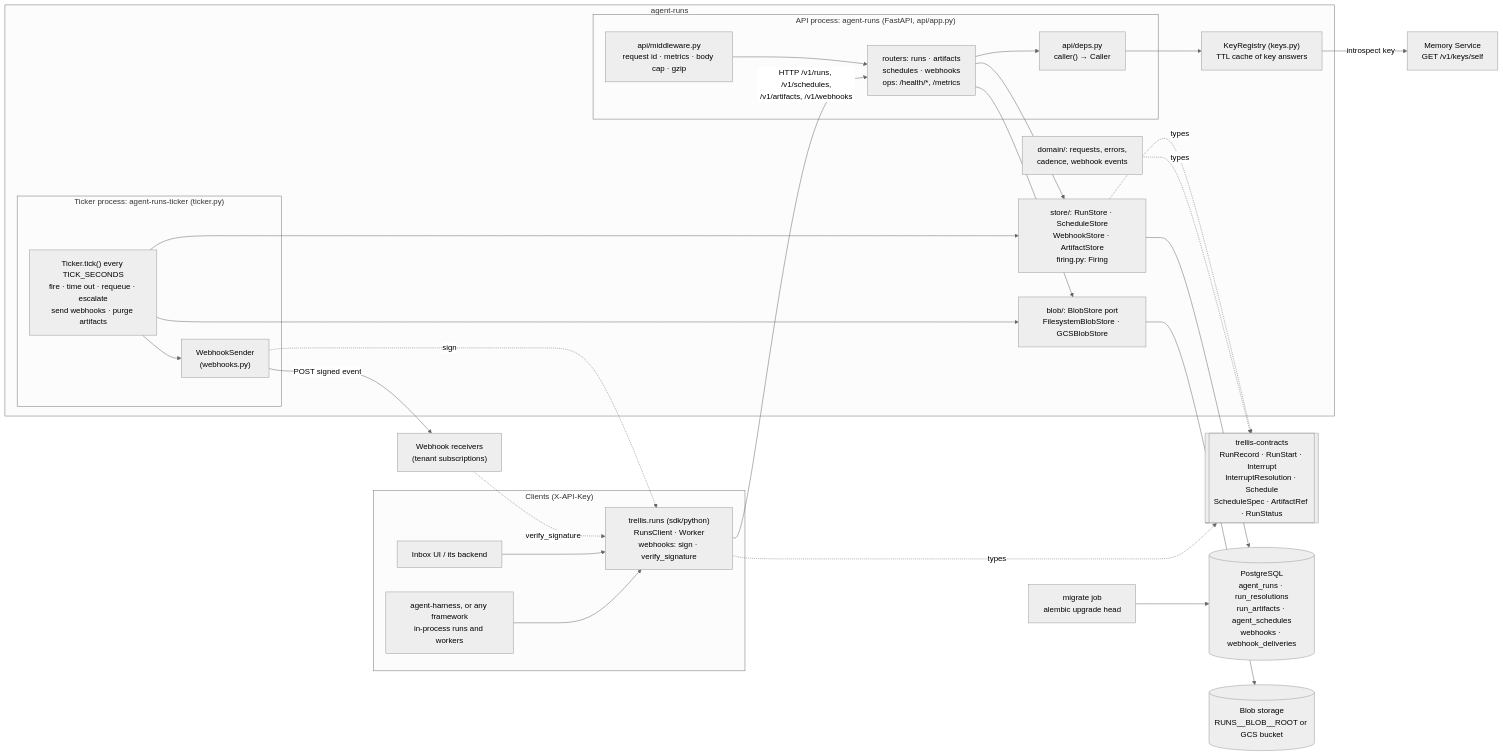
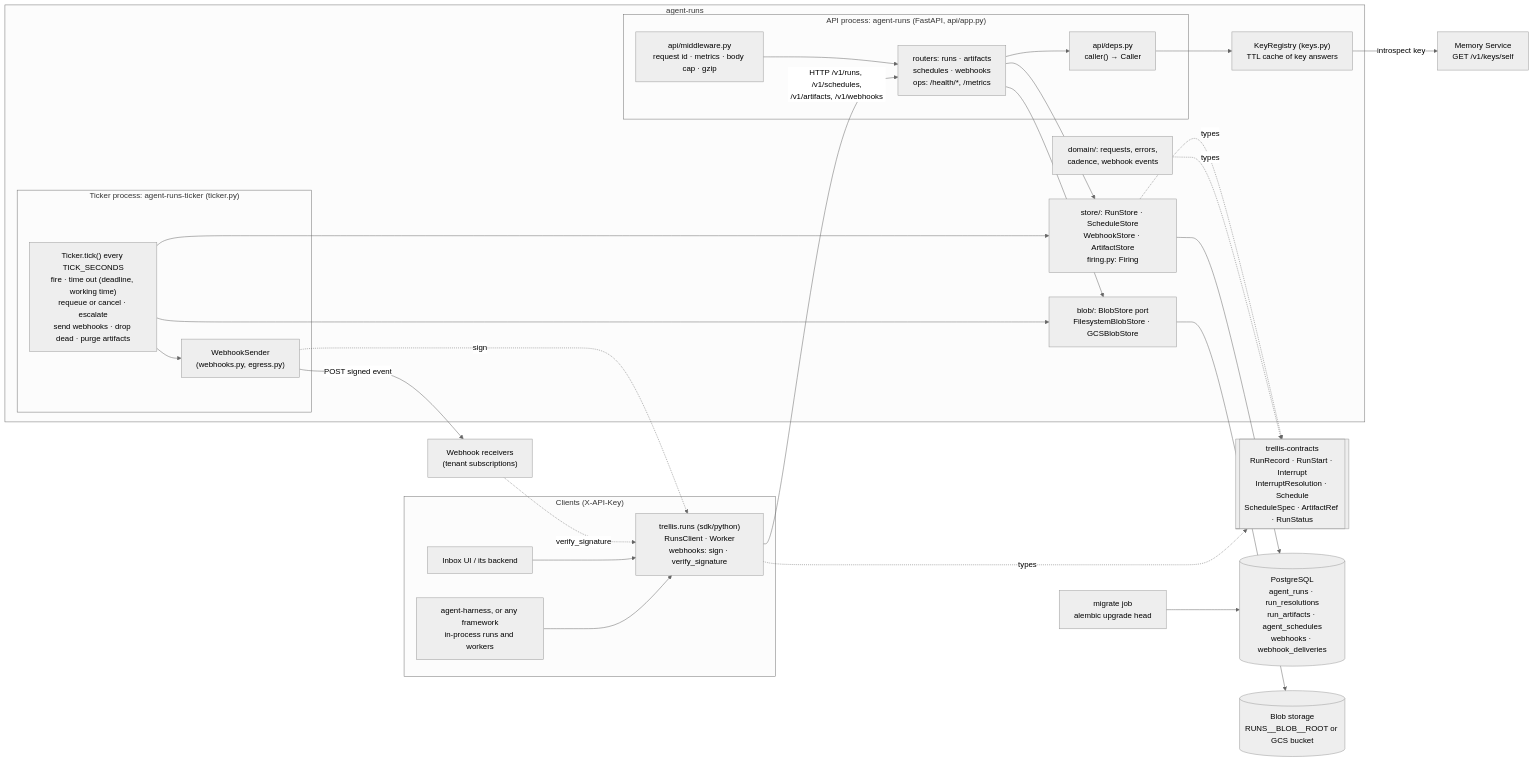
One commit to amitmohapatra/agent-runs changed the first of 5 diagrams in docs/ARCHITECTURE.md. Above: the diagram before and after it, drawn with Mermaid (neutral theme). The commit also changed other lines of this file and 49 other files, not shown here.

First line of the commit message:
Reliability: working-time limits, cancel, release, retries, webhook dead letters and egress guard (#9)

````diff
--- a/docs/ARCHITECTURE.md
+++ b/docs/ARCHITECTURE.md
@@ -23,50 +23,50 @@
 ```mermaid
 flowchart LR
   subgraph clients["Clients (X-API-Key)"]
     harness["agent-harness, or any framework<br/>in-process runs and workers"]
     ui["Inbox UI / its backend"]
     sdk["trellis.runs (sdk/python)<br/>RunsClient · Worker<br/>webhooks: sign · verify_signature"]
   end
 
   subgraph runs["agent-runs"]
     subgraph api["API process: agent-runs (FastAPI, api/app.py)"]
       deps["api/deps.py<br/>caller() → Caller"]
       mw["api/middleware.py<br/>request id · metrics · body cap · gzip"]
       routers["routers: runs · artifacts<br/>schedules · webhooks<br/>ops: /health/*, /metrics"]
     end
     subgraph tick["Ticker process: agent-runs-ticker (ticker.py)"]
-      ticker["Ticker.tick() every TICK_SECONDS<br/>fire · time out · requeue · escalate<br/>send webhooks · purge artifacts"]
-      sender["WebhookSender<br/>(webhooks.py)"]
+      ticker["Ticker.tick() every TICK_SECONDS<br/>fire · time out (deadline, working time)<br/>requeue or cancel · escalate<br/>send webhooks · drop dead · purge artifacts"]
+      sender["WebhookSender<br/>(webhooks.py, egress.py)"]
     end
     keys["KeyRegistry (keys.py)<br/>TTL cache of key answers"]
     stores["store/: RunStore · ScheduleStore<br/>WebhookStore · ArtifactStore<br/>firing.py: Firing"]
     domain["domain/: requests, errors,<br/>cadence, webhook events"]
     blobport["blob/: BlobStore port<br/>FilesystemBlobStore · GCSBlobStore"]
   end
 
   contracts[["trellis-contracts<br/>RunRecord · RunStart · Interrupt<br/>InterruptResolution · Schedule<br/>ScheduleSpec · ArtifactRef · RunStatus"]]
   memory["Memory Service<br/>GET /v1/keys/self"]
   pg[("PostgreSQL<br/>agent_runs · run_resolutions<br/>run_artifacts · agent_schedules<br/>webhooks · webhook_deliveries")]
   blob[("Blob storage<br/>RUNS__BLOB__ROOT or GCS bucket")]
   receivers["Webhook receivers<br/>(tenant subscriptions)"]
   migrate["migrate job<br/>alembic upgrade head"]
 
   harness --> sdk
   ui --> sdk
   sdk -- "HTTP /v1/runs, /v1/schedules,<br/>/v1/artifacts, /v1/webhooks" --> routers
   mw --> routers
   routers --> deps --> keys -- "introspect key" --> memory
   routers --> stores
   routers --> blobport
   ticker --> stores
   ticker --> blobport
   ticker --> sender -- "POST signed event" --> receivers
   sender -. "sign" .-> sdk
   receivers -. "verify_signature" .-> sdk
   stores --> pg
   blobport --> blob
   migrate --> pg
   domain -. "types" .-> contracts
   stores -. "types" .-> contracts
   sdk -. "types" .-> contracts
 ```
````
